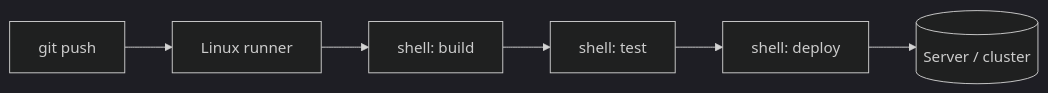
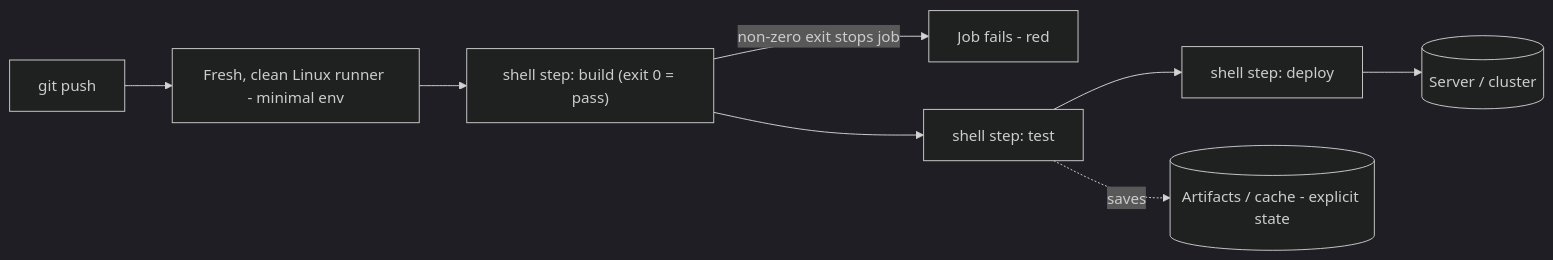
One commit to cloud-prakhar/learning-linux changed the diagram in 13-real-world-linux-for-devops/linux-for-ci-cd.md. Above: the diagram before and after it, drawn with Mermaid (dark theme). The commit also changed other lines of this file and 69 other files, not shown here.

````diff
--- a/13-real-world-linux-for-devops/linux-for-ci-cd.md
+++ b/13-real-world-linux-for-devops/linux-for-ci-cd.md
@@ -28,8 +36,10 @@
 ```mermaid
 flowchart LR
-    Push[git push] --> Runner[Linux runner]
-    Runner --> Build[shell: build]
-    Build --> Test[shell: test]
-    Test --> Deploy[shell: deploy]
+    Push[git push] --> Runner[Fresh, clean Linux runner - minimal env]
+    Runner --> Build["shell step: build (exit 0 = pass)"]
+    Build -->|non-zero exit stops job| Fail[Job fails - red]
+    Build --> Test[shell step: test]
+    Test --> Deploy[shell step: deploy]
     Deploy --> Prod[(Server / cluster)]
+    Test -.saves.-> Art[(Artifacts / cache - explicit state)]
 ```
````
